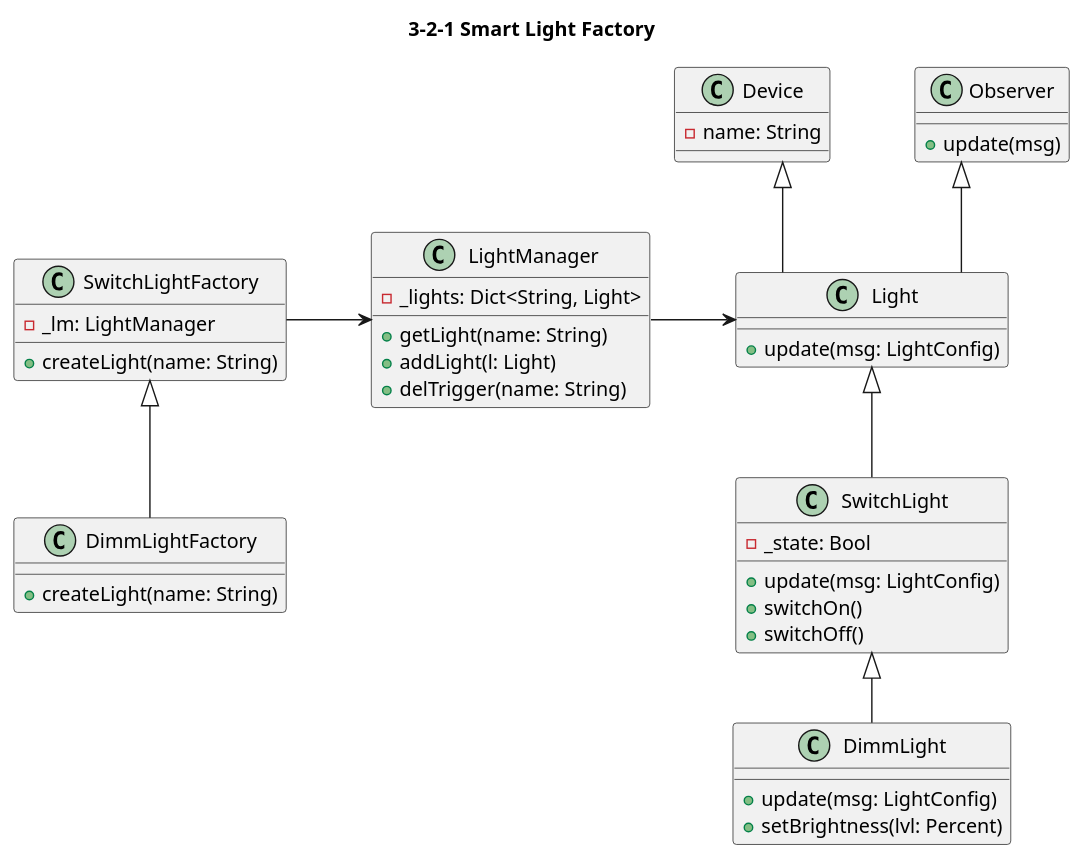
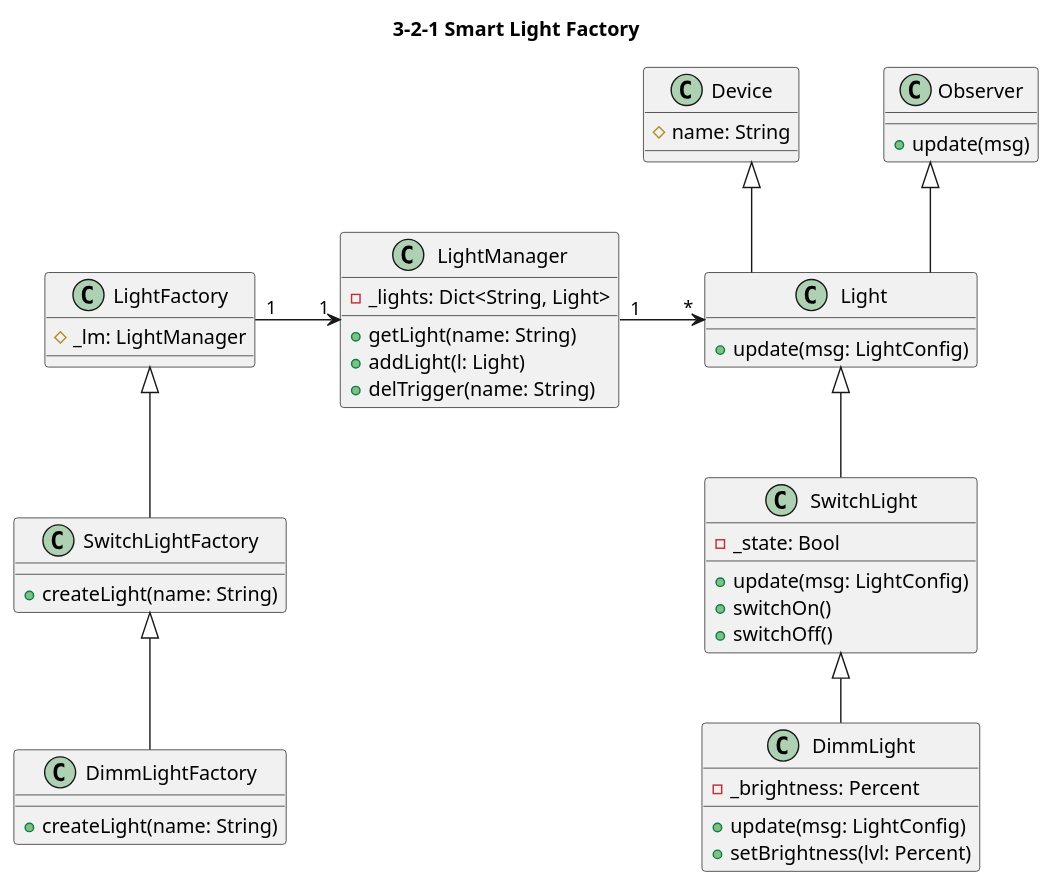
One commit to khanhln2907/Software_Architecture changed the diagram in Assignment/HW3/submission/hw321_factory.pu. Above: the diagram before and after it, drawn with PlantUML. The commit also changed 1 other file, not shown here.

```diff
--- a/Assignment/HW3/submission/hw321_factory.pu
+++ b/Assignment/HW3/submission/hw321_factory.pu
@@ -1,78 +1,85 @@
 @startuml
 ' Settings
 ' ============================
 
 ' use +,#,- instead of icons
 'skinparam classAttributeIconSize 0
 
 ' horizontal distance in px
 skinparam nodesep 60 
 
 ' vertical distance in px
 skinparam ranksep 50
 
 ' use only straight lines (ortho/polyline)
 skinparam linetype ortho
 
 ' title
 title 3-2-1 Smart Light Factory
 
 
 
 ' Abstract Classes
 ' ============================
 class Light{
     +update(msg: LightConfig)
 }
 
 class Observer{
     +update(msg)
 }
 
 class Device{
-    -name: String
+    #name: String
+}
+
+class LightFactory{
+    #_lm: LightManager 
 }
 
 ' Concrete Classes
 ' ============================
 class LightManager{
     -_lights: Dict<String, Light> 
     +getLight(name: String)
     +addLight(l: Light)
     +delTrigger(name: String)
 }
 
 class SwitchLight{
     -_state: Bool
     +update(msg: LightConfig)
     +switchOn()
     +switchOff()
 }
 
 class DimmLight{
+    -_brightness: Percent
     +update(msg: LightConfig)
     +setBrightness(lvl: Percent)
 }
 
 class SwitchLightFactory{
-    -_lm: LightManager 
     +createLight(name: String)
 }
 
 class DimmLightFactory{
     +createLight(name: String)
 }
 
 
 ' Relations
 ' ================================
+
+SwitchLightFactory -u-|> LightFactory
+
 DimmLightFactory -u-|> SwitchLightFactory
-SwitchLightFactory -r-> LightManager
-LightManager -r-> Light
+LightFactory "1" -r-> "1" LightManager
+LightManager "1" -r-> "*" Light
 Light -u-|> Observer
 Light -u-|> Device
 SwitchLight -u-|> Light
 DimmLight -u-|> SwitchLight
 
 
 @enduml
```
